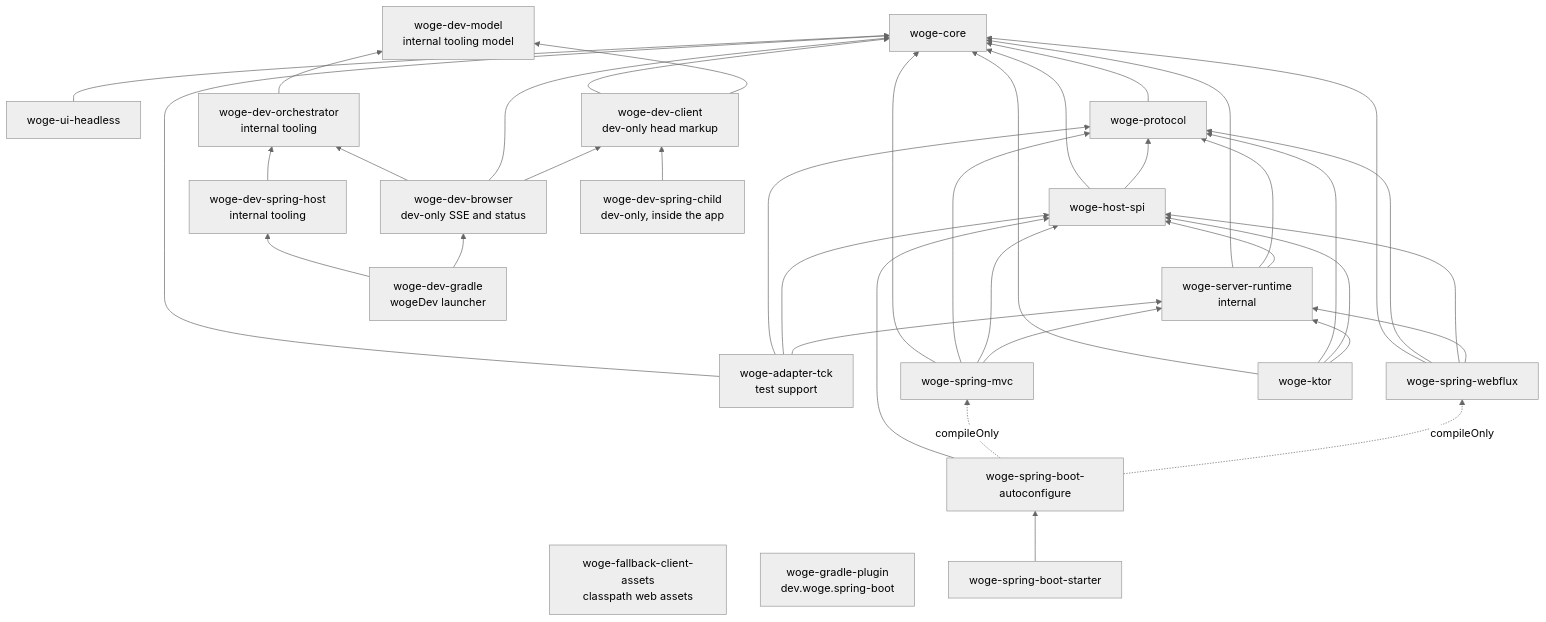
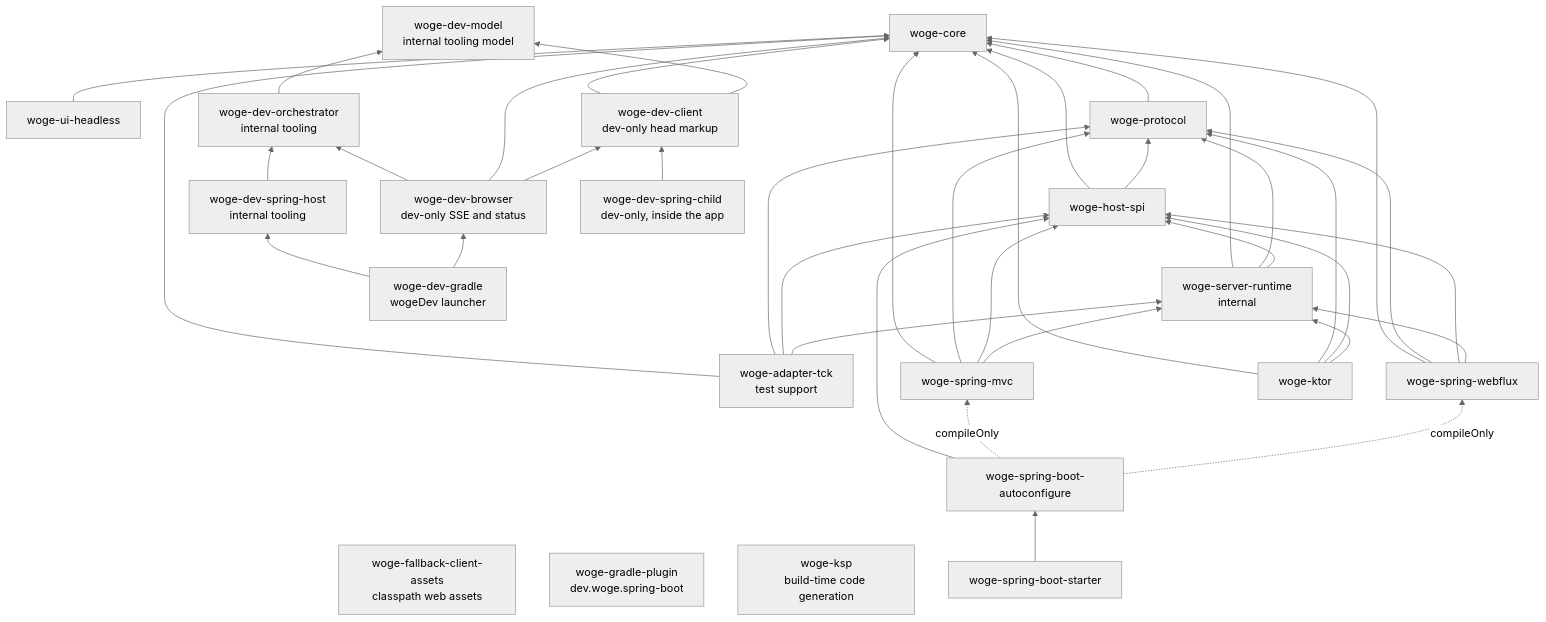
Before and after one commit to christian-draeger/woge: the diagram in docs/architecture/module-graph.md, drawn with Mermaid (neutral theme). The commit also changed other lines of this file and 29 other files, not shown here.

````diff
--- a/docs/architecture/module-graph.md
+++ b/docs/architecture/module-graph.md
@@ -8,43 +8,44 @@
 ```mermaid
 flowchart BT
     UI[woge-ui-headless] --> Core[woge-core]
     Assets[woge-fallback-client-assets<br/>classpath web assets]
     Protocol[woge-protocol] --> Core
     SPI[woge-host-spi] --> Core
     SPI --> Protocol
     Runtime[woge-server-runtime<br/>internal] --> Core
     Runtime --> Protocol
     Runtime --> SPI
     DevModel[woge-dev-model<br/>internal tooling model]
     DevOrchestrator[woge-dev-orchestrator<br/>internal tooling] --> DevModel
     DevSpring[woge-dev-spring-host<br/>internal tooling] --> DevOrchestrator
     DevBrowser[woge-dev-browser<br/>dev-only SSE and status] --> DevOrchestrator
     DevBrowser --> Core
     DevBrowser --> DevClient
     DevClient[woge-dev-client<br/>dev-only head markup] --> Core
     DevClient --> DevModel
     DevChild[woge-dev-spring-child<br/>dev-only, inside the app] --> DevClient
     DevGradle[woge-dev-gradle<br/>wogeDev launcher] --> DevSpring
     DevGradle --> DevBrowser
     GradlePlugin[woge-gradle-plugin<br/>dev.woge.spring-boot]
+    Ksp[woge-ksp<br/>build-time code generation]
     TCK[woge-adapter-tck<br/>test support] --> Core
     TCK --> Protocol
     TCK --> SPI
     TCK --> Runtime
     MVC[woge-spring-mvc] --> Core
     MVC --> Protocol
     MVC --> SPI
     MVC --> Runtime
     WebFlux[woge-spring-webflux] --> Core
     WebFlux --> Protocol
     WebFlux --> SPI
     WebFlux --> Runtime
     Ktor[woge-ktor] --> Core
     Ktor --> Protocol
     Ktor --> SPI
     Ktor --> Runtime
     Auto[woge-spring-boot-autoconfigure] --> SPI
     Auto -. compileOnly .-> MVC
     Auto -. compileOnly .-> WebFlux
     Starter[woge-spring-boot-starter] --> Auto
 ```
````
